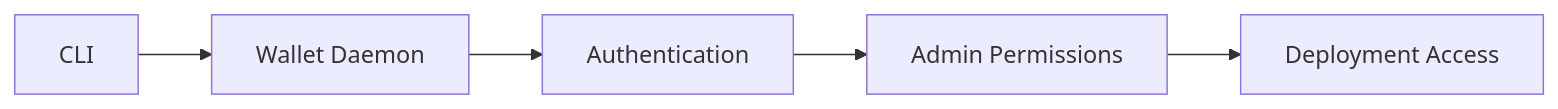
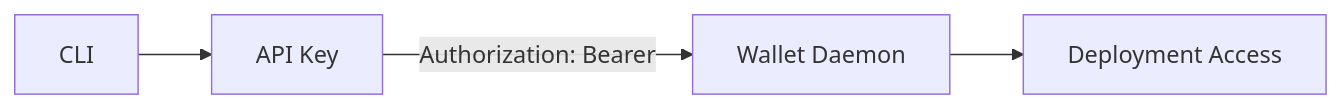
Before and after one commit to tari-project/tari-cli: the sixth of 6 diagrams in docs/02-guides/architecture.md, drawn with Mermaid. The commit also changed other lines of this file and 21 other files, not shown here.

First line of the commit message:
feat: authenticate with wallet daemon via API key (#145)

````diff
--- a/docs/02-guides/architecture.md
+++ b/docs/02-guides/architecture.md
@@ -384,7 +386,6 @@
 ```mermaid
 graph LR
-    CLI[CLI] --> Wallet[Wallet Daemon]
-    Wallet --> Auth[Authentication]
-    Auth --> Admin[Admin Permissions]
-    Admin --> Deploy[Deployment Access]
+    CLI[CLI] --> ApiKey[API Key]
+    ApiKey --> |Authorization: Bearer| Wallet[Wallet Daemon]
+    Wallet --> Deploy[Deployment Access]
 ```
````
